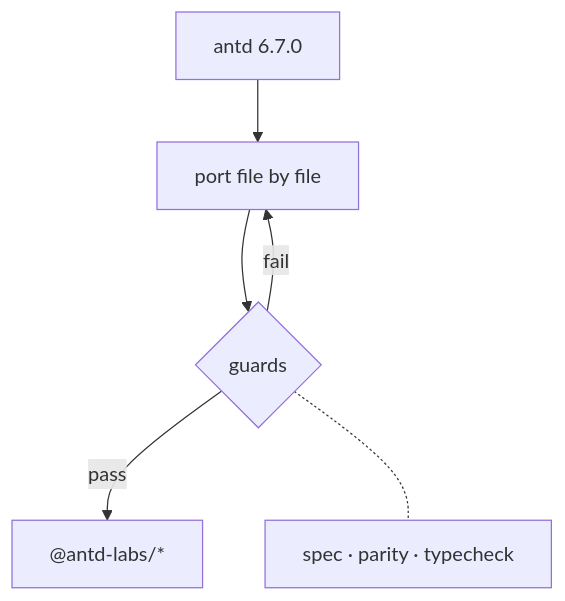
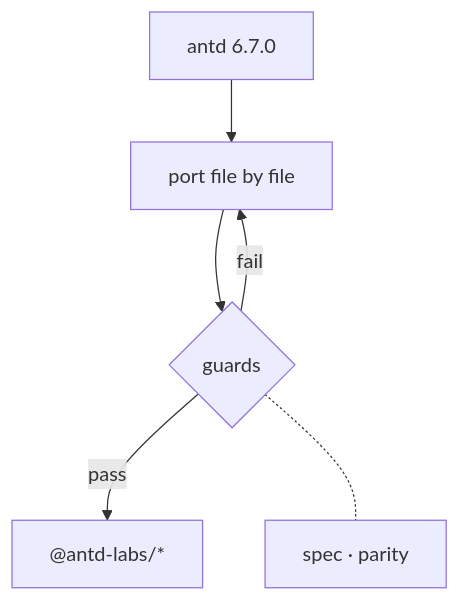
One commit to antd-ai/.github changed the diagram in profile/README.md. Above: the diagram before and after it, drawn with Mermaid.

Commit message:
docs: trim mermaid side note label

````diff
--- a/profile/README.md
+++ b/profile/README.md
@@ -50,8 +50,8 @@
 ```mermaid
 flowchart TB
   up["antd 6.7.0"] --> port["port file by file"]
   port --> gate{"guards"}
   gate -->|fail| port
   gate -->|pass| out["@antd-labs/*"]
-  gate -.- check["spec · parity · typecheck"]
+  gate -.- check["spec · parity"]
 ```
````
